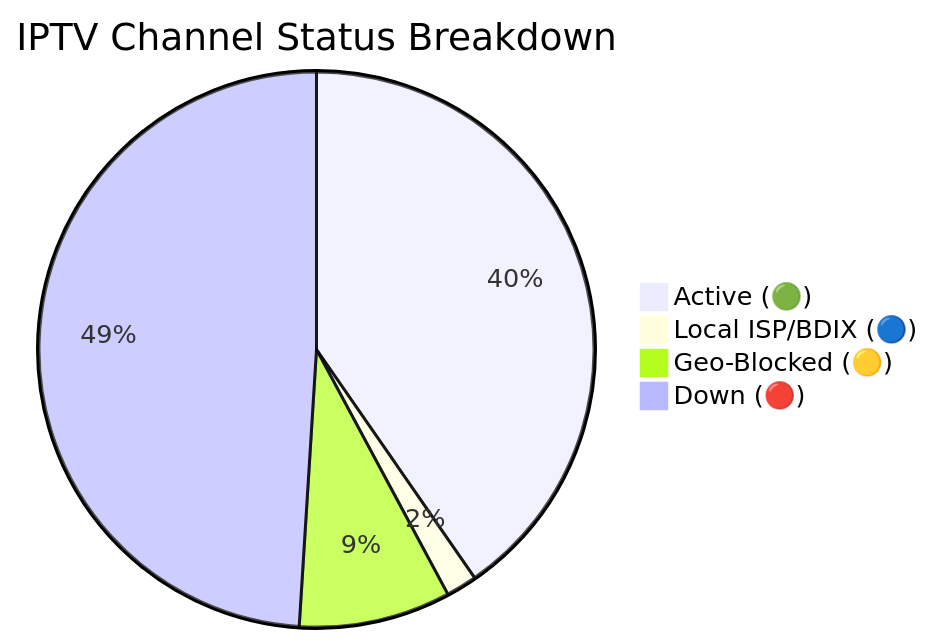
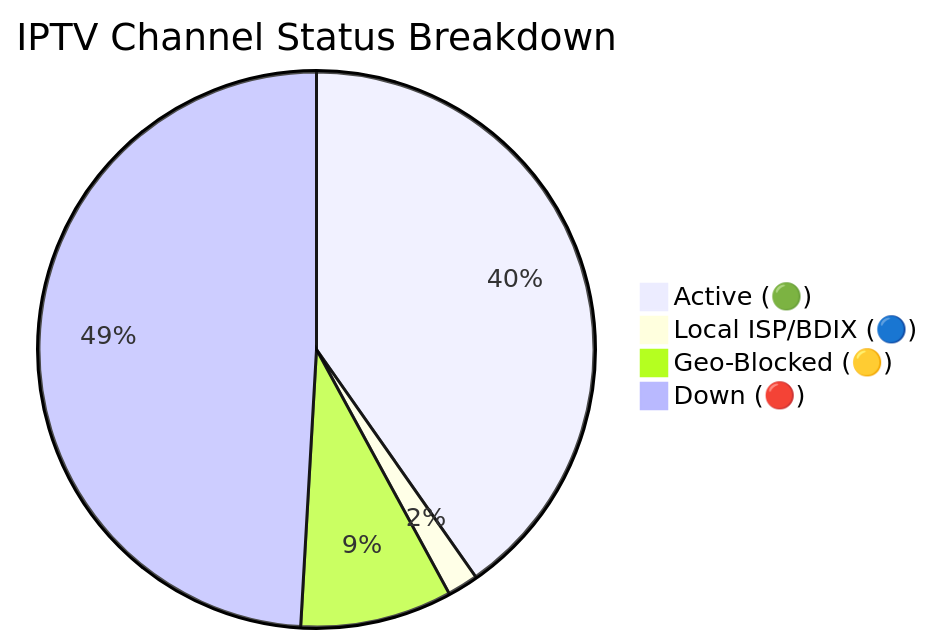
Before and after one commit to andreataylord/Ip-tv-Collection: the diagram in README.md, drawn with Mermaid. The commit also changed other lines of this file and 1 other file, not shown here.

Commit message:
docs(readme): auto-update daily channel status chart

````diff
--- a/README.md
+++ b/README.md
@@ -59,7 +59,7 @@
 ```mermaid
 pie title IPTV Channel Status Breakdown
-    "Active (🟢)" : 2865
+    "Active (🟢)" : 2859
     "Local ISP/BDIX (🔵)" : 128
     "Geo-Blocked (🟡)" : 627
-    "Down (🔴)" : 3479
+    "Down (🔴)" : 3485
 ```
````
